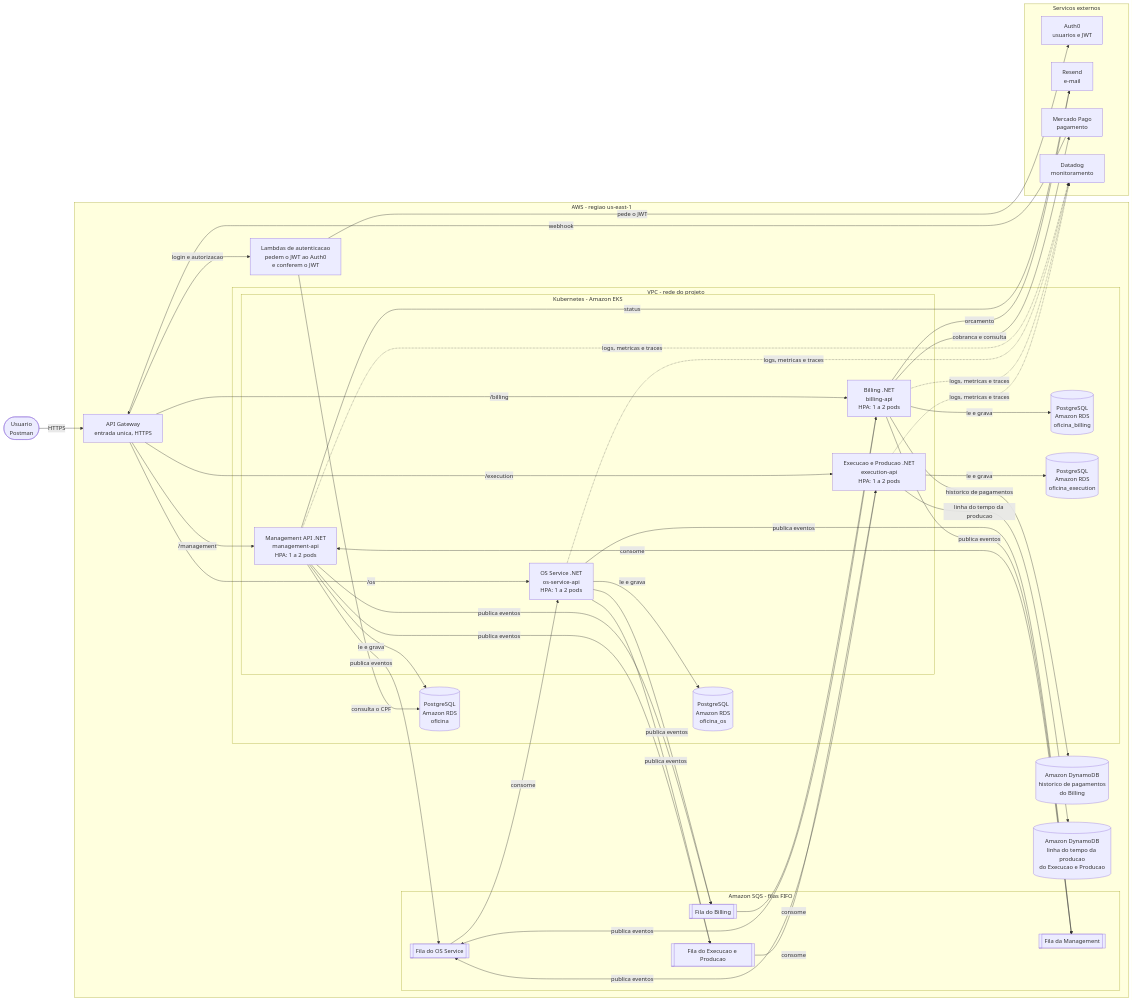
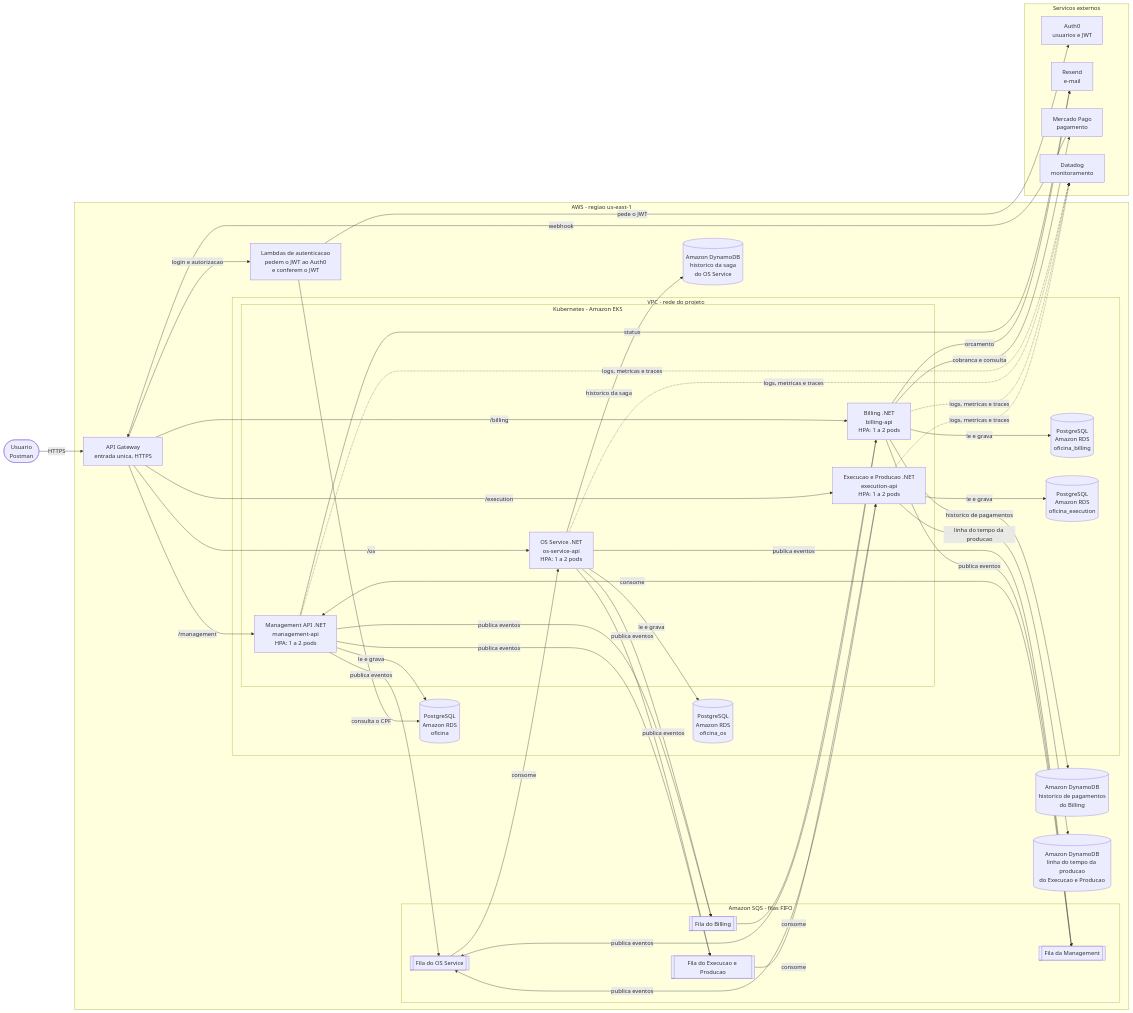
Before and after one commit to GuiToniello/tech-challenge-fase-4-MANAGEMENT-soat16-rm374658: the first of 6 diagrams in docs/arquitetura.md, drawn with Mermaid. The commit also changed other lines of this file and 7 other files, not shown here.

````diff
--- a/docs/arquitetura.md
+++ b/docs/arquitetura.md
@@ -55,75 +55,77 @@
 ```mermaid
 flowchart LR
   Usuario([Usuario<br/>Postman])
 
   subgraph AWS[AWS - regiao us-east-1]
     GW[API Gateway<br/>entrada unica, HTTPS]
     Lambdas[Lambdas de autenticacao<br/>pedem o JWT ao Auth0<br/>e conferem o JWT]
 
     subgraph SQS[Amazon SQS - filas FIFO]
       FilaM[[Fila da Management]]
       FilaOS[[Fila do OS Service]]
       FilaB[[Fila do Billing]]
       FilaE[[Fila do Execucao e Producao]]
     end
 
+    DDBO[(Amazon DynamoDB<br/>historico da saga<br/>do OS Service)]
     DDBB[(Amazon DynamoDB<br/>historico de pagamentos<br/>do Billing)]
     DDBE[(Amazon DynamoDB<br/>linha do tempo da producao<br/>do Execucao e Producao)]
 
     subgraph VPC[VPC - rede do projeto]
       subgraph EKS[Kubernetes - Amazon EKS]
         API[Management API .NET<br/>management-api<br/>HPA: 1 a 2 pods]
         OS[OS Service .NET<br/>os-service-api<br/>HPA: 1 a 2 pods]
         BIL[Billing .NET<br/>billing-api<br/>HPA: 1 a 2 pods]
         EXE[Execucao e Producao .NET<br/>execution-api<br/>HPA: 1 a 2 pods]
       end
       DB[(PostgreSQL<br/>Amazon RDS<br/>oficina)]
       DBOS[(PostgreSQL<br/>Amazon RDS<br/>oficina_os)]
       DBB[(PostgreSQL<br/>Amazon RDS<br/>oficina_billing)]
       DBE[(PostgreSQL<br/>Amazon RDS<br/>oficina_execution)]
     end
   end
 
   subgraph Externos[Servicos externos]
     Auth0[Auth0<br/>usuarios e JWT]
     Resend[Resend<br/>e-mail]
     MP[Mercado Pago<br/>pagamento]
     Datadog[Datadog<br/>monitoramento]
   end
 
   Usuario -->|HTTPS| GW
   GW -->|login e autorizacao| Lambdas
   GW -->|/management| API
   GW -->|/os| OS
   GW -->|/billing| BIL
   GW -->|/execution| EXE
   Lambdas -->|consulta o CPF| DB
   Lambdas -->|pede o JWT| Auth0
   API -->|le e grava| DB
   OS -->|le e grava| DBOS
+  OS -->|historico da saga| DDBO
   BIL -->|le e grava| DBB
   BIL -->|historico de pagamentos| DDBB
   EXE -->|le e grava| DBE
   EXE -->|linha do tempo da producao| DDBE
   OS -->|publica eventos| FilaM
   OS -->|publica eventos| FilaB
   OS -->|publica eventos| FilaE
   API -->|publica eventos| FilaOS
   API -->|publica eventos| FilaB
   API -->|publica eventos| FilaE
   BIL -->|publica eventos| FilaOS
   BIL -->|publica eventos| FilaM
   EXE -->|publica eventos| FilaOS
   FilaM -->|consome| API
   FilaOS -->|consome| OS
   FilaB -->|consome| BIL
   FilaE -->|consome| EXE
   API -->|status| Resend
   BIL -->|orcamento| Resend
   BIL -->|cobranca e consulta| MP
   MP -->|webhook| GW
   API -.->|logs, metricas e traces| Datadog
   OS -.->|logs, metricas e traces| Datadog
   BIL -.->|logs, metricas e traces| Datadog
   EXE -.->|logs, metricas e traces| Datadog
 ```
````
